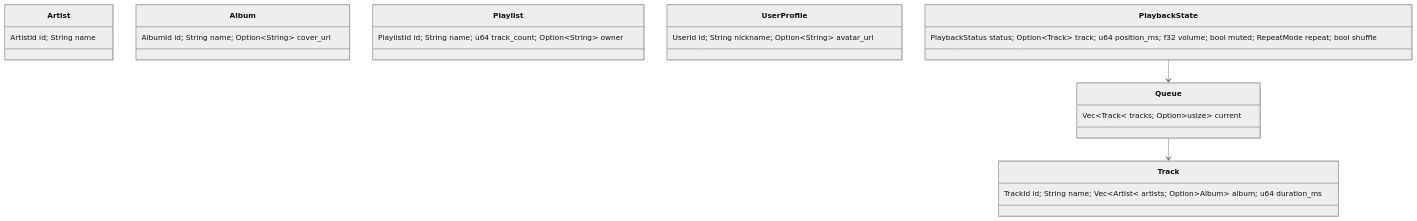
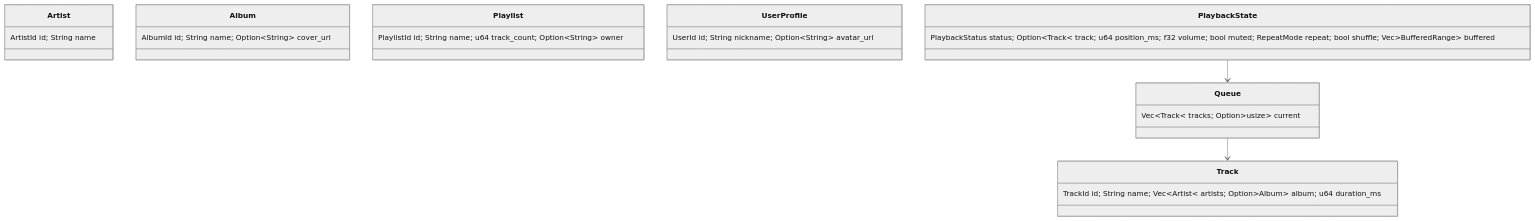
One commit to benmooo/lekima changed the third of 6 diagrams in docs/system-design.md. Above: the diagram before and after it, drawn with Mermaid (neutral theme). The commit also changed other lines of this file and 7 other files, not shown here.

````diff
--- a/docs/system-design.md
+++ b/docs/system-design.md
@@ -103,12 +104,12 @@
 ```mermaid
 classDiagram
   class Track { TrackId id; String name; Vec~Artist~ artists; Option~Album~ album; u64 duration_ms }
   class Artist { ArtistId id; String name }
   class Album { AlbumId id; String name; Option~String~ cover_url }
   class Playlist { PlaylistId id; String name; u64 track_count; Option~String~ owner }
   class UserProfile { UserId id; String nickname; Option~String~ avatar_url }
   class Queue { Vec~Track~ tracks; Option~usize~ current }
-  class PlaybackState { PlaybackStatus status; Option~Track~ track; u64 position_ms; f32 volume; bool muted; RepeatMode repeat; bool shuffle }
+  class PlaybackState { PlaybackStatus status; Option~Track~ track; u64 position_ms; f32 volume; bool muted; RepeatMode repeat; bool shuffle; Vec~BufferedRange~ buffered }
   Queue --> Track
   PlaybackState --> Queue
 ```
````
